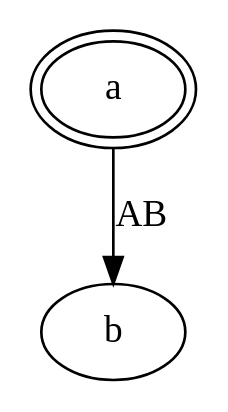
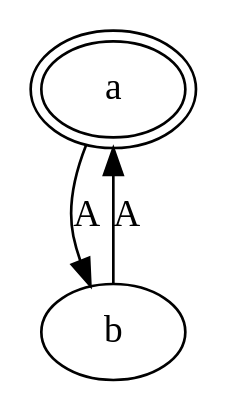
One commit to Antonio-Melo/COMP-Autoanalyze changed the diagram in dot/test4.dot. Above: the diagram before and after it, drawn with Graphviz. The commit also changed 16 other files, not shown here.

```diff
--- a/dot/test4.dot
+++ b/dot/test4.dot
@@ -1,5 +1,6 @@
 digraph G2
  {
-     a -> b [label=AB];
+     a -> b [label=A];
+	 b -> a [label=A];
      a [peripheries=2];
  }
```
